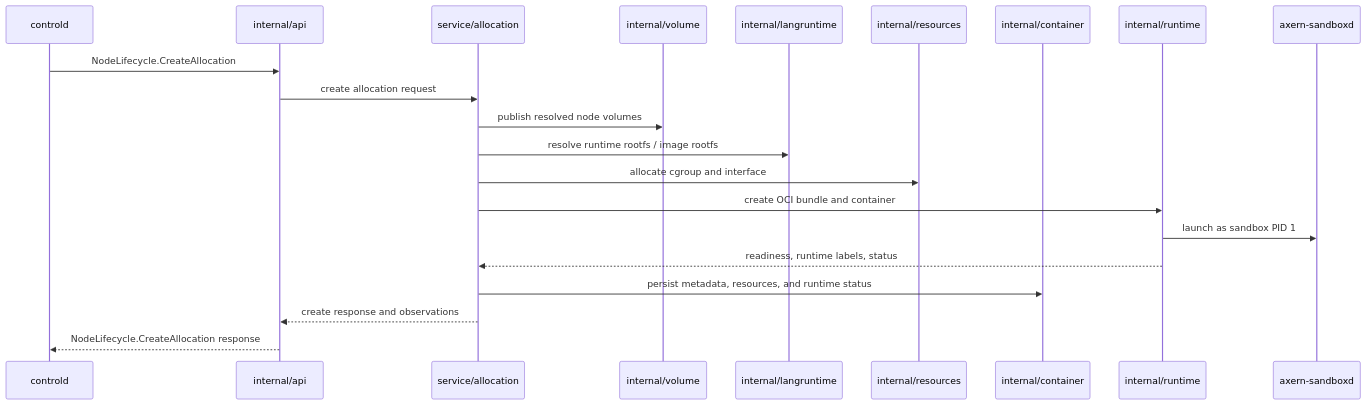
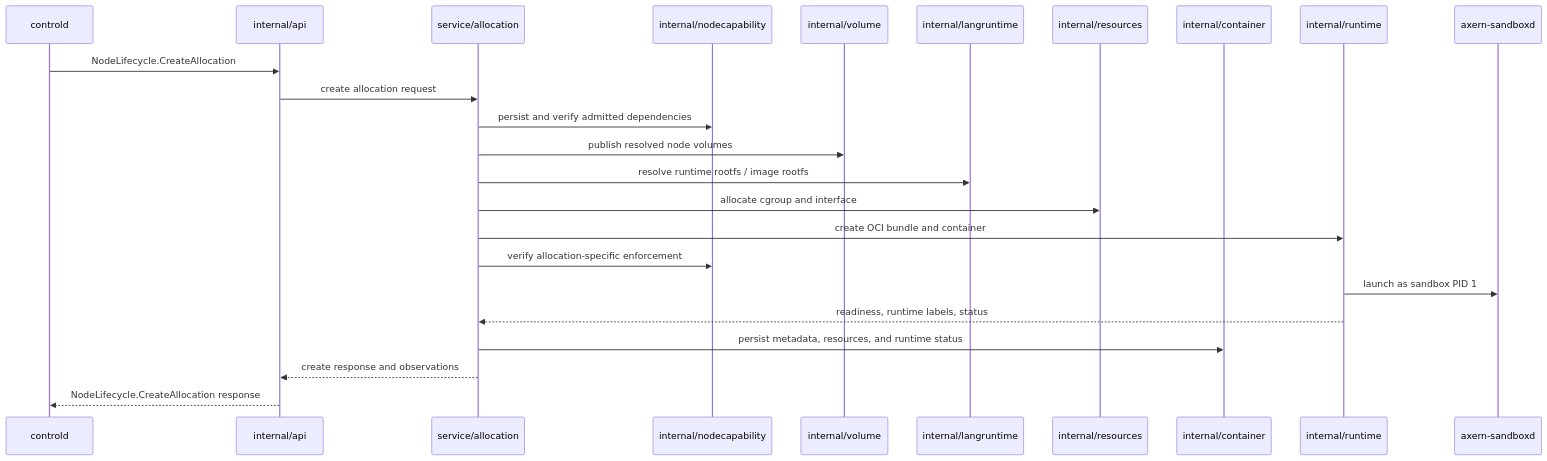
One commit to cofy-x/axern changed the second of 3 diagrams in runtime/axnoded/docs/architecture.md. Above: the diagram before and after it, drawn with Mermaid. The commit also changed other lines of this file and 254 other files, not shown here.

````diff
--- a/runtime/axnoded/docs/architecture.md
+++ b/runtime/axnoded/docs/architecture.md
@@ -57,24 +69,27 @@
 ```mermaid
 sequenceDiagram
     participant Control as controld
     participant API as internal/api
     participant Start as service/allocation
+    participant Capability as internal/nodecapability
     participant Volume as internal/volume
     participant LangRT as internal/langruntime
     participant Resources as internal/resources
     participant Container as internal/container
     participant Runtime as internal/runtime
     participant Sandboxd as axern-sandboxd
 
     Control->>API: NodeLifecycle.CreateAllocation
     API->>Start: create allocation request
+    Start->>Capability: persist and verify admitted dependencies
     Start->>Volume: publish resolved node volumes
     Start->>LangRT: resolve runtime rootfs / image rootfs
     Start->>Resources: allocate cgroup and interface
     Start->>Runtime: create OCI bundle and container
+    Start->>Capability: verify allocation-specific enforcement
     Runtime->>Sandboxd: launch as sandbox PID 1
     Runtime-->>Start: readiness, runtime labels, status
     Start->>Container: persist metadata, resources, and runtime status
     Start-->>API: create response and observations
     API-->>Control: NodeLifecycle.CreateAllocation response
 ```
````
